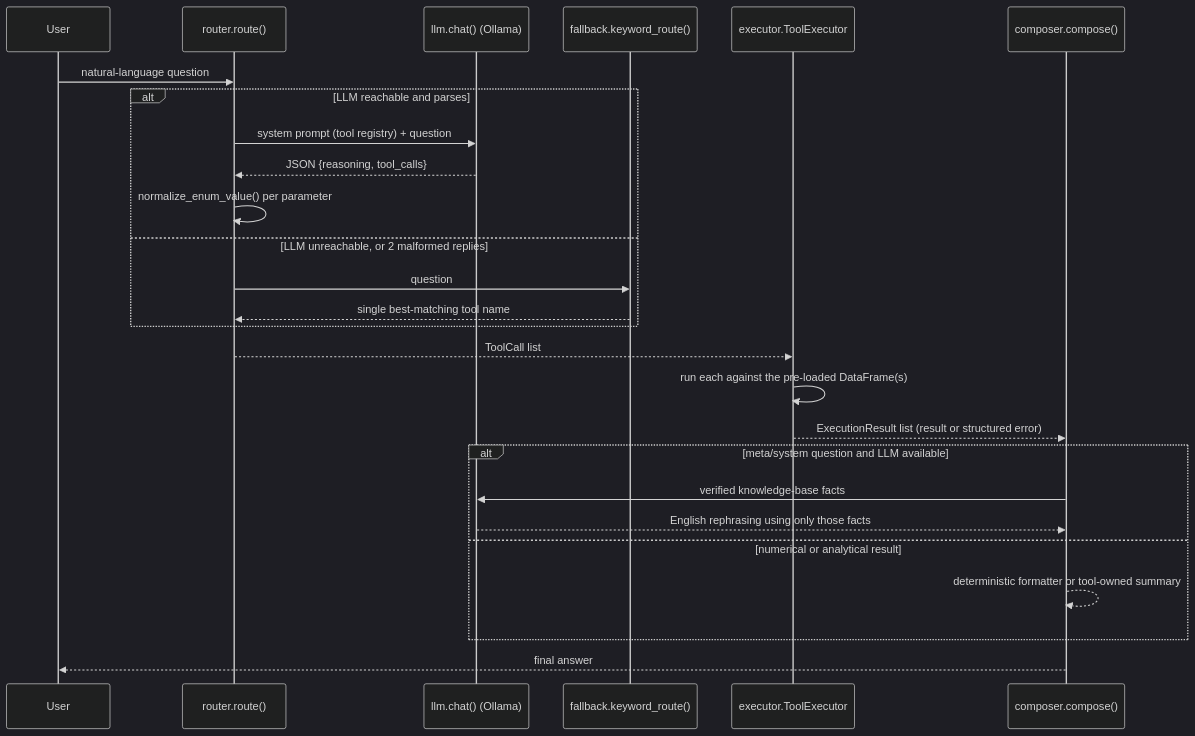
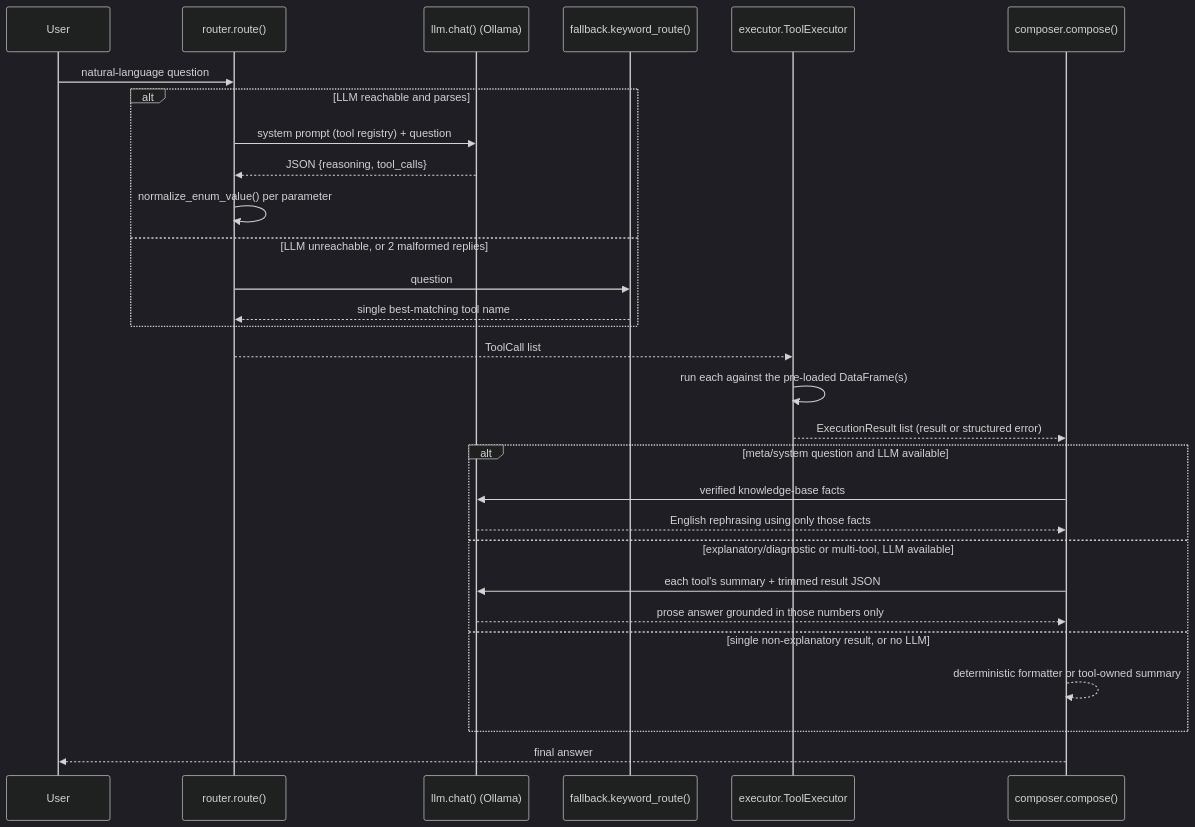
The diagram in docs/agent_flow.md (christianpriska/ArolProjectQ3), drawn with Mermaid (dark theme) before and after one commit. The commit also changed other lines of this file and 16 other files, not shown here.

````diff
--- a/docs/agent_flow.md
+++ b/docs/agent_flow.md
@@ -8,29 +8,32 @@
 ```mermaid
 sequenceDiagram
     participant U as User
     participant R as router.route()
     participant L as llm.chat() (Ollama)
     participant K as fallback.keyword_route()
     participant E as executor.ToolExecutor
     participant C as composer.compose()
 
     U->>R: natural-language question
     alt LLM reachable and parses
         R->>L: system prompt (tool registry) + question
         L-->>R: JSON {reasoning, tool_calls}
         R->>R: normalize_enum_value() per parameter
     else LLM unreachable, or 2 malformed replies
         R->>K: question
         K-->>R: single best-matching tool name
     end
     R-->>E: ToolCall list
     E->>E: run each against the pre-loaded DataFrame(s)
     E-->>C: ExecutionResult list (result or structured error)
     alt meta/system question and LLM available
         C->>L: verified knowledge-base facts
         L-->>C: English rephrasing using only those facts
-    else numerical or analytical result
+    else explanatory/diagnostic or multi-tool, LLM available
+        C->>L: each tool's summary + trimmed result JSON
+        L-->>C: prose answer grounded in those numbers only
+    else single non-explanatory result, or no LLM
         C-->>C: deterministic formatter or tool-owned summary
     end
     C-->>U: final answer
 ```
````
